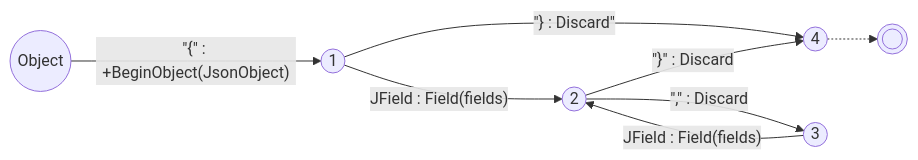
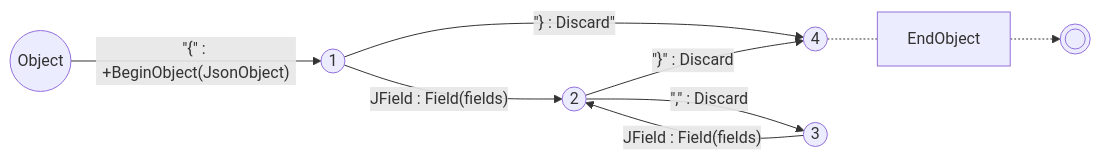
One commit to vczh-websites/vczh changed the third of 3 diagrams in Blog/GLR-Refactoring/Mermaid.md. Above: the diagram before and after it, drawn with Mermaid.

````diff
--- a/Blog/GLR-Refactoring/Mermaid.md
+++ b/Blog/GLR-Refactoring/Mermaid.md
@@ -35,10 +35,10 @@
 ```mermaid
 graph LR
   S((Object))-- #quot;{#quot; : +BeginObject(JsonObject)-->1
   1((1))-- #quot;} : Discard#quot; -->4
   1-- JField : Field(fields) -->2
   2((2))-- #quot;}#quot; : Discard -->4
   2-- #quot;,#quot; : Discard -->3
   3((3))-- JField : Field(fields) -->2
-  4((4))-.->E((( )))
+  4((4))-.- EndObject -.->E((( )))
 ```
````
